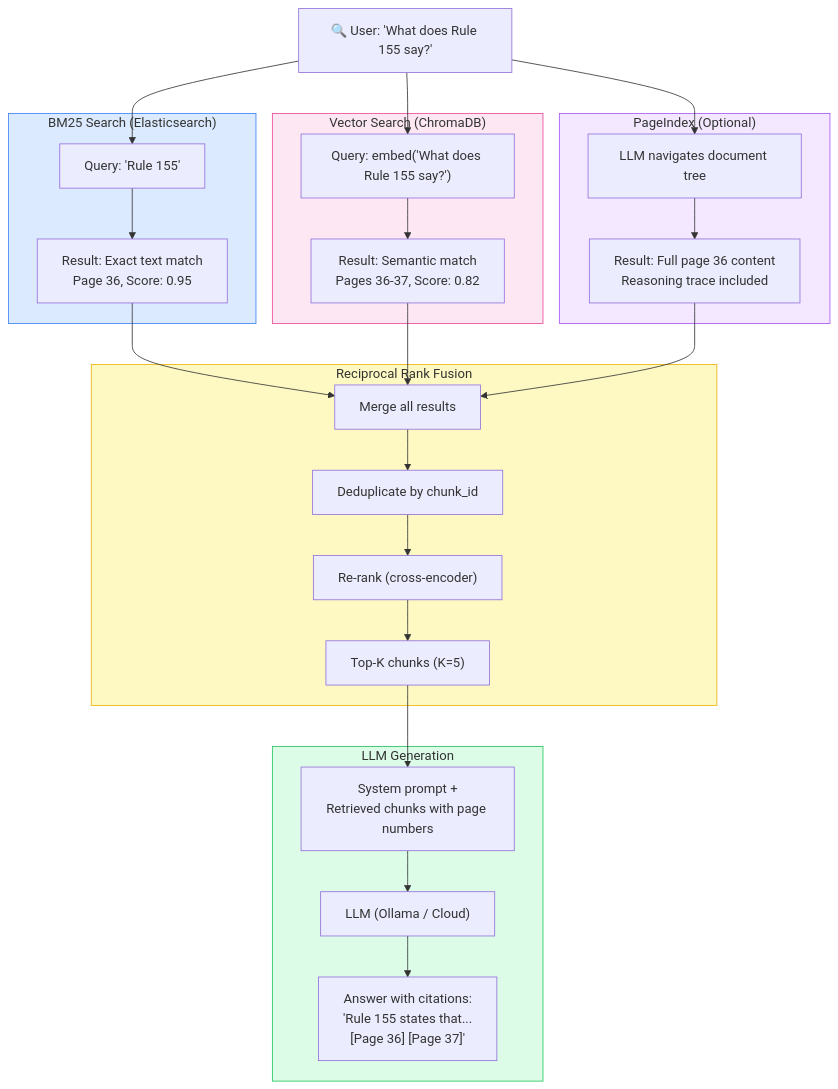
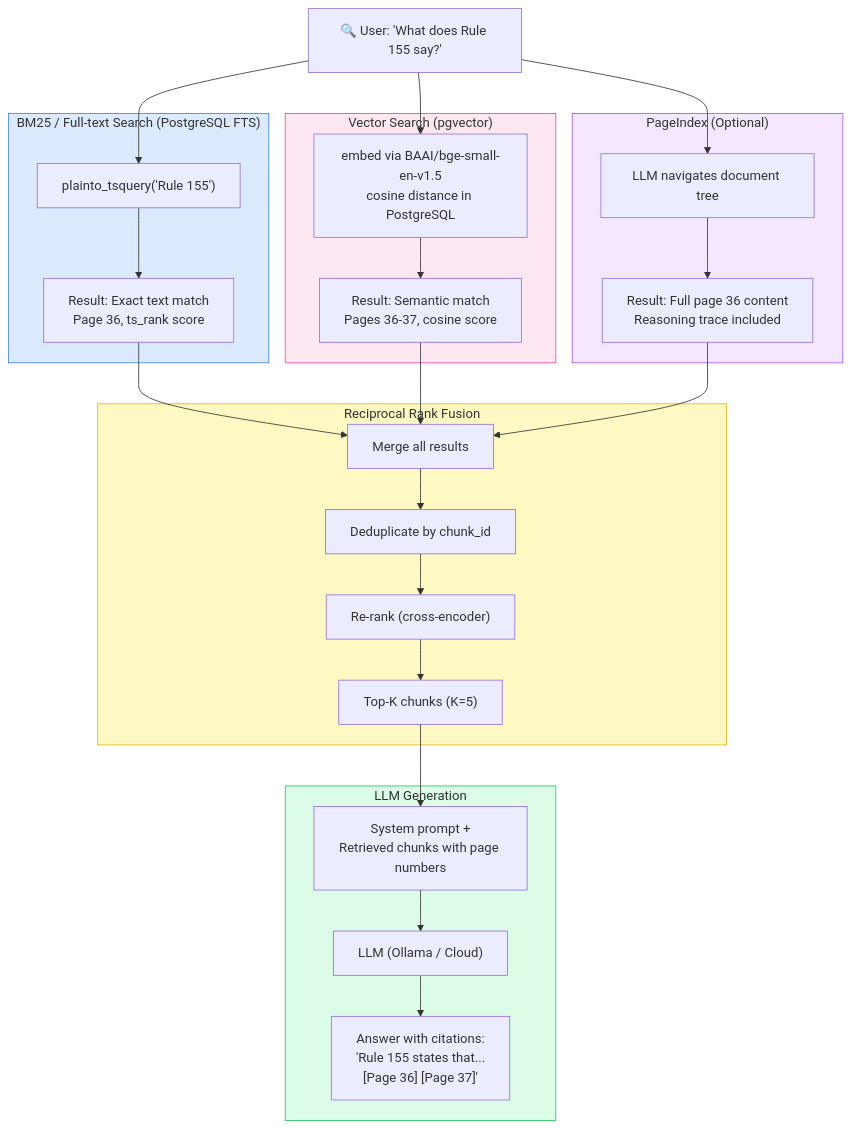
One commit to Tapudp/docqa changed the fifth of 15 diagrams in npuden-docqa-visual-architecture.md. Above: the diagram before and after it, drawn with Mermaid. The commit also changed other lines of this file and 5 other files, not shown here.

````diff
--- a/npuden-docqa-visual-architecture.md
+++ b/npuden-docqa-visual-architecture.md
@@ -279,47 +279,47 @@
 ```mermaid
 flowchart TD
     QUERY["🔍 User: 'What does Rule 155 say?'"]
 
-    subgraph BM25["BM25 Search (Elasticsearch)"]
-        BM25_Q["Query: 'Rule 155'"]
-        BM25_R["Result: Exact text match<br/>Page 36, Score: 0.95"]
+    subgraph BM25["BM25 / Full-text Search (PostgreSQL FTS)"]
+        BM25_Q["plainto_tsquery('Rule 155')"]
+        BM25_R["Result: Exact text match<br/>Page 36, ts_rank score"]
     end
 
-    subgraph Vector["Vector Search (ChromaDB)"]
-        VEC_Q["Query: embed('What does Rule 155 say?')"]
-        VEC_R["Result: Semantic match<br/>Pages 36-37, Score: 0.82"]
+    subgraph Vector["Vector Search (pgvector)"]
+        VEC_Q["embed via BAAI/bge-small-en-v1.5<br/>cosine distance in PostgreSQL"]
+        VEC_R["Result: Semantic match<br/>Pages 36-37, cosine score"]
     end
 
     subgraph PageIdx["PageIndex (Optional)"]
         PI_Q["LLM navigates document tree"]
         PI_R["Result: Full page 36 content<br/>Reasoning trace included"]
     end
 
     subgraph Fusion["Reciprocal Rank Fusion"]
         MERGE["Merge all results"]
         DEDUP["Deduplicate by chunk_id"]
         RERANK["Re-rank (cross-encoder)"]
         TOPK["Top-K chunks (K=5)"]
     end
 
     subgraph Generate["LLM Generation"]
         PROMPT["System prompt +<br/>Retrieved chunks with page numbers"]
         LLM["LLM (Ollama / Cloud)"]
         ANSWER["Answer with citations:<br/>'Rule 155 states that...<br/>[Page 36] [Page 37]'"]
     end
 
     QUERY --> BM25_Q --> BM25_R
     QUERY --> VEC_Q --> VEC_R
     QUERY --> PI_Q --> PI_R
     BM25_R --> MERGE
     VEC_R --> MERGE
     PI_R --> MERGE
     MERGE --> DEDUP --> RERANK --> TOPK
     TOPK --> PROMPT --> LLM --> ANSWER
 
     style BM25 fill:#dbeafe,stroke:#3b82f6
     style Vector fill:#fce7f3,stroke:#ec4899
     style PageIdx fill:#f3e8ff,stroke:#a855f7
     style Fusion fill:#fef9c3,stroke:#eab308
     style Generate fill:#dcfce7,stroke:#22c55e
 ```
````
